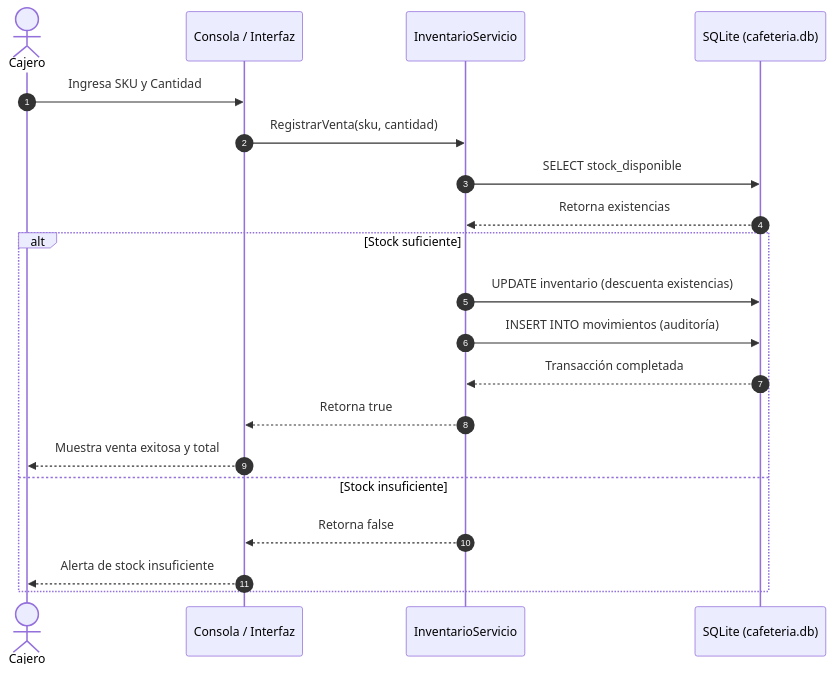
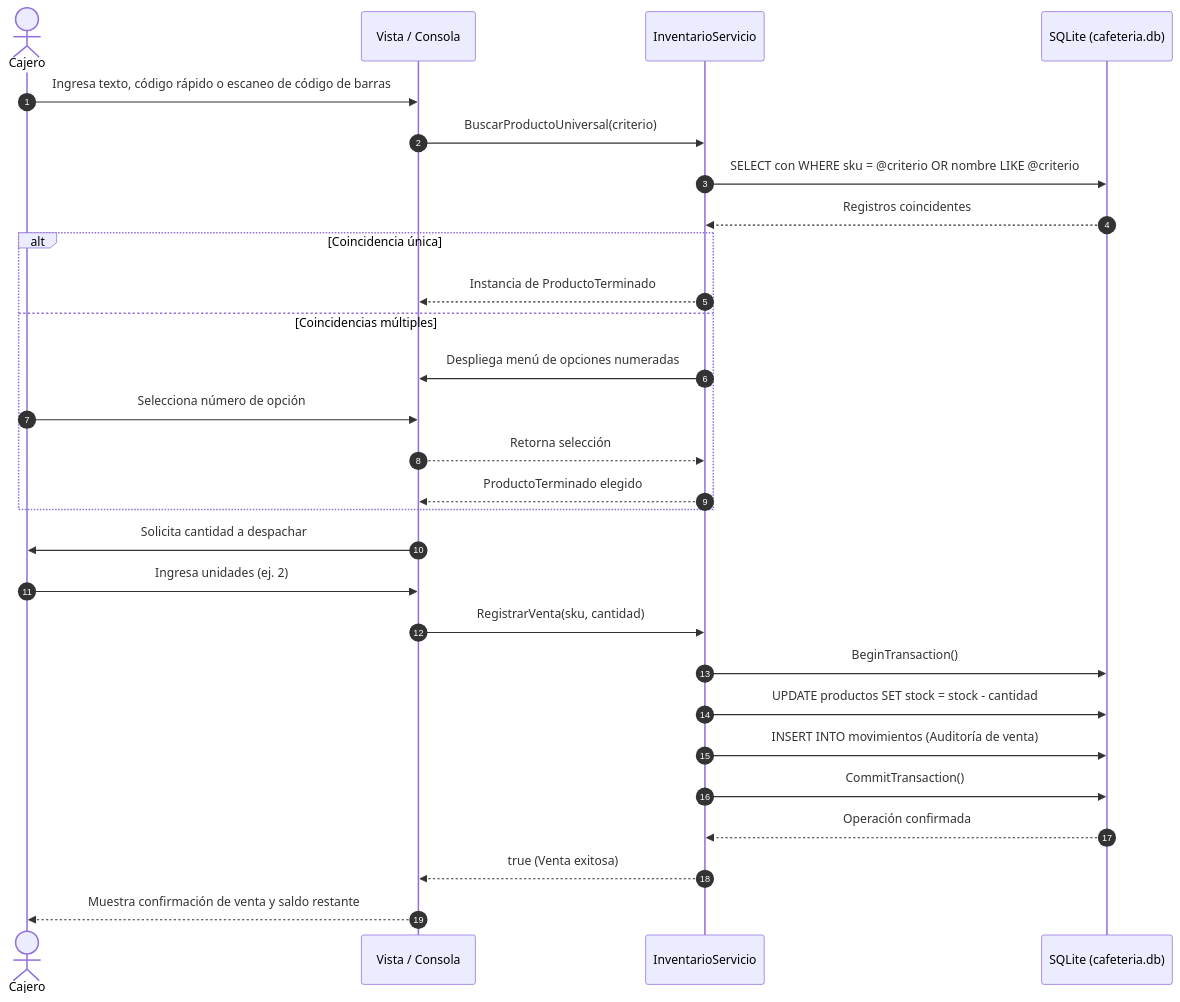
One commit to SoyAdrif/CafeteriaITCHII changed the second of 2 diagrams in README.md. Above: the diagram before and after it, drawn with Mermaid. The commit also changed other lines of this file, not shown here.

Commit message:
docs: actualizacion de README con diagramas UML formales y metodologia TecNM II

````diff
--- a/README.md
+++ b/README.md
@@ -56,23 +123,32 @@
 ```mermaid
 sequenceDiagram
     autonumber
     actor Cajero
-    participant UI as Consola / Interfaz
-    participant Serv as InventarioServicio
+    participant Program as Vista / Consola
+    participant Inventario as InventarioServicio
     participant BD as SQLite (cafeteria.db)
 
-    Cajero->>UI: Ingresa SKU y Cantidad
-    UI->>Serv: RegistrarVenta(sku, cantidad)
-    Serv->>BD: SELECT stock_disponible
-    BD-->>Serv: Retorna existencias
-    alt Stock suficiente
-        Serv->>BD: UPDATE inventario (descuenta existencias)
-        Serv->>BD: INSERT INTO movimientos (auditoría)
-        BD-->>Serv: Transacción completada
-        Serv-->>UI: Retorna true
-        UI-->>Cajero: Muestra venta exitosa y total
-    else Stock insuficiente
-        Serv-->>UI: Retorna false
-        UI-->>Cajero: Alerta de stock insuficiente
+    Cajero->>Program: Ingresa texto, código rápido o escaneo de código de barras
+    Program->>Inventario: BuscarProductoUniversal(criterio)
+    Inventario->>BD: SELECT con WHERE sku = @criterio OR nombre LIKE @criterio
+    BD-->>Inventario: Registros coincidentes
+    alt Coincidencia única
+        Inventario-->>Program: Instancia de ProductoTerminado
+    else Coincidencias múltiples
+        Inventario->>Program: Despliega menú de opciones numeradas
+        Cajero->>Program: Selecciona número de opción
+        Program-->>Inventario: Retorna selección
+        Inventario-->>Program: ProductoTerminado elegido
     end
+
+    Program->>Cajero: Solicita cantidad a despachar
+    Cajero->>Program: Ingresa unidades (ej. 2)
+    Program->>Inventario: RegistrarVenta(sku, cantidad)
+    Inventario->>BD: BeginTransaction()
+    Inventario->>BD: UPDATE productos SET stock = stock - cantidad
+    Inventario->>BD: INSERT INTO movimientos (Auditoría de venta)
+    Inventario->>BD: CommitTransaction()
+    BD-->>Inventario: Operación confirmada
+    Inventario-->>Program: true (Venta exitosa)
+    Program-->>Cajero: Muestra confirmación de venta y saldo restante
 ```
````
